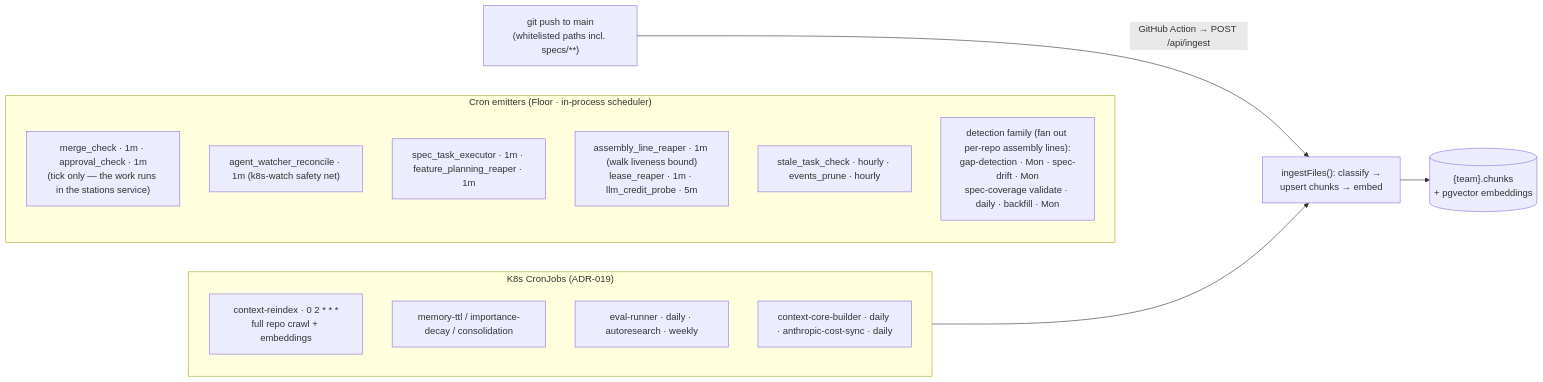
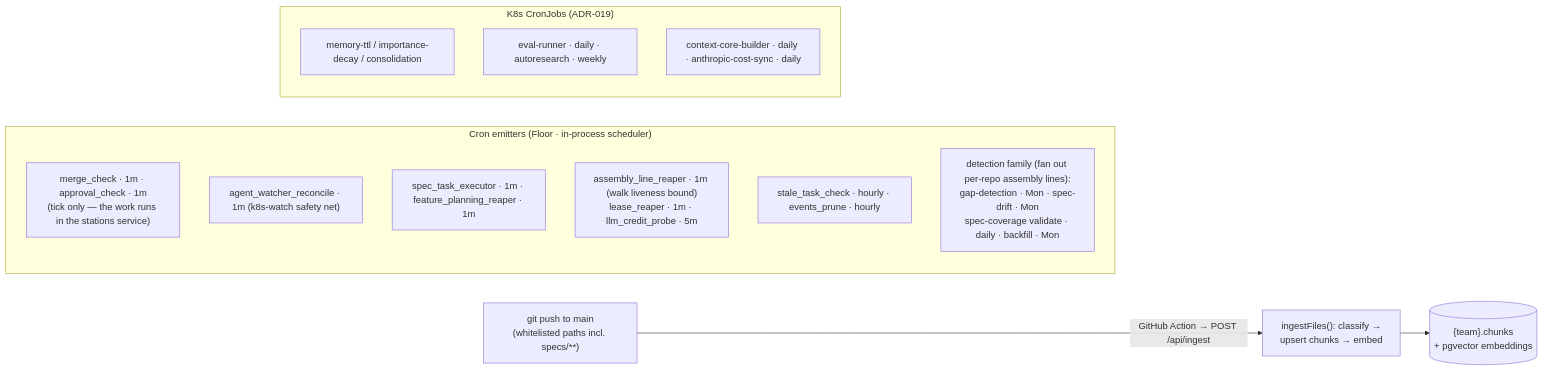
Before and after one commit to re-cinq/lore: the second of 2 diagrams in docs/building-lore/architecture.md, drawn with Mermaid. The commit also changed 7 other files, not shown here.

Commit message:
docs: record the context_reindex retirement (ADR-019 amendment, specs, inventories)

````diff
--- a/docs/building-lore/architecture.md
+++ b/docs/building-lore/architecture.md
@@ -47,24 +47,22 @@
 ```mermaid
 flowchart LR
     subgraph inproc["Cron emitters (Floor · in-process scheduler)"]
         direction TB
         J1["merge_check · 1m · approval_check · 1m<br/>(tick only — the work runs in the stations service)"]
         J4["agent_watcher_reconcile · 1m (k8s-watch safety net)"]
         J5["spec_task_executor · 1m · feature_planning_reaper · 1m"]
         J8["assembly_line_reaper · 1m (walk liveness bound)<br/>lease_reaper · 1m · llm_credit_probe · 5m"]
         J6["stale_task_check · hourly · events_prune · hourly"]
         J7["detection family (fan out per-repo assembly lines):<br/>gap-detection · Mon · spec-drift · Mon<br/>spec-coverage validate · daily · backfill · Mon"]
     end
 
     subgraph k8scron["K8s CronJobs (ADR-019)"]
         direction TB
-        C1["context-reindex · 0 2 * * *<br/>full repo crawl + embeddings"]
         C5["memory-ttl / importance-decay / consolidation"]
         C6["eval-runner · daily · autoresearch · weekly"]
         C7["context-core-builder · daily · anthropic-cost-sync · daily"]
     end
 
     PUSH["git push to main<br/>(whitelisted paths incl. specs/**)"] -->|"GitHub Action → POST /api/ingest"| ING["ingestFiles(): classify →<br/>upsert chunks → embed"]
-    C1 --> ING
     ING --> DB[("{team}.chunks<br/>+ pgvector embeddings")]
 ```
````
